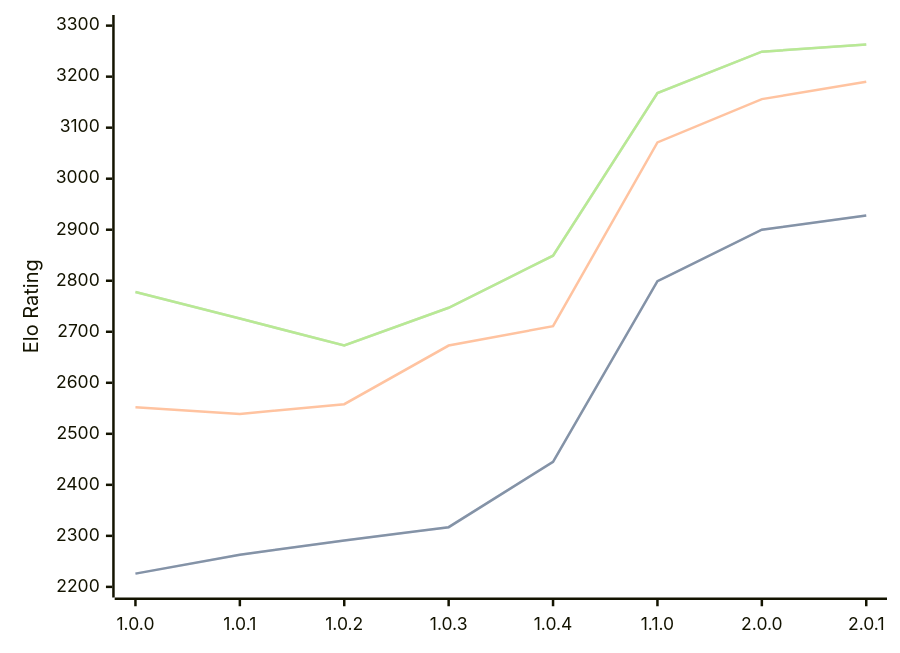
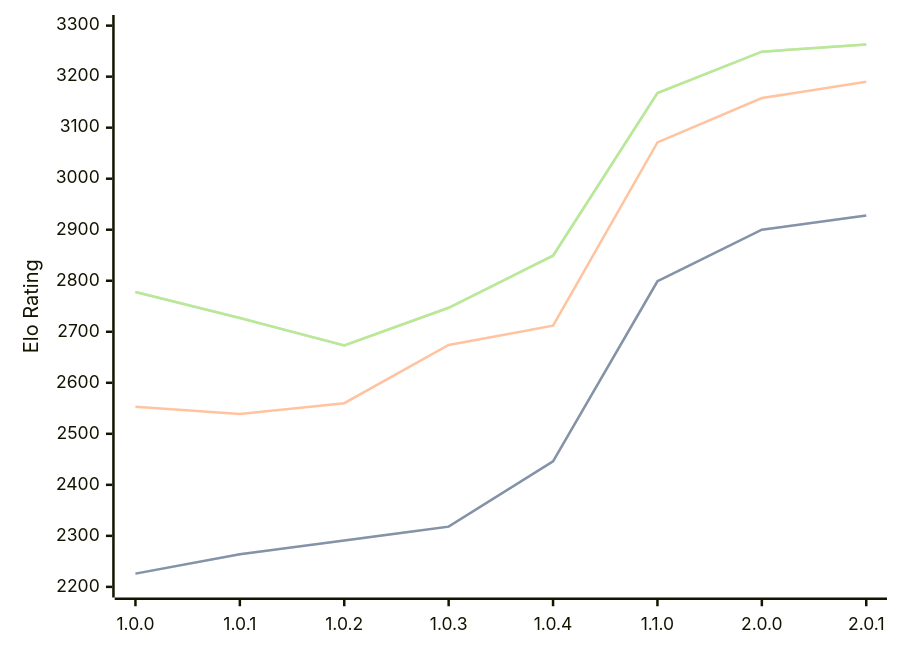
The first of 3 diagrams in engines/Grail.md (computer-chess-index/cci), drawn with Mermaid before and after one commit. The commit also changed other lines of this file, not shown here.

Commit message:
Update CCI Ratings (ELO VLTC) - 2026-07-14

````diff
--- a/engines/Grail.md
+++ b/engines/Grail.md
@@ -38,11 +38,11 @@
 ```mermaid
 %%{init: {"theme":"base","themeVariables":{"seriesColors:['#a3a3a3','#222221','#faa371']}}}%%
 xychart-beta
   x-axis ["1.0.0", "1.0.1", "1.0.2", "1.0.3", "1.0.4", "1.1.0", "2.0.0", "2.0.1"]
   y-axis "Elo Rating" 2200 --> 3300
-  line "STC (8.0+0.08s)" [2226, 2263, 2291, 2317, 2445, 2799, 2900, 2928]
-  line "STC (8.0+0.08s)" [2226, 2263, 2291, 2317, 2445, 2799, 2900, 2928]
-  line "LTC (60.0+0.60s)" [2552, 2539, 2558, 2673, 2711, 3071, 3156, 3190]
-  line "VLTC (2m24s+1.12s)" [2778, 2726, 2673, 2747, 2849, 3168, 3249, 3263]
-  line "VLTC (2m24s+1.12s)" [2778, 2726, 2673, 2747, 2849, 3168, 3249, 3263]
+  line "STC (8.0+0.08s)" [2226, 2264, 2291, 2318, 2446, 2799, 2900, 2928]
+  line "STC (8.0+0.08s)" [2226, 2264, 2291, 2318, 2446, 2799, 2900, 2928]
+  line "LTC (60.0+0.60s)" [2553, 2539, 2560, 2674, 2712, 3071, 3158, 3190]
+  line "VLTC (2m24s+1.12s)" [2778, 2727, 2673, 2747, 2849, 3168, 3249, 3263]
+  line "VLTC (2m24s+1.12s)" [2778, 2727, 2673, 2747, 2849, 3168, 3249, 3263]
 ```
````
